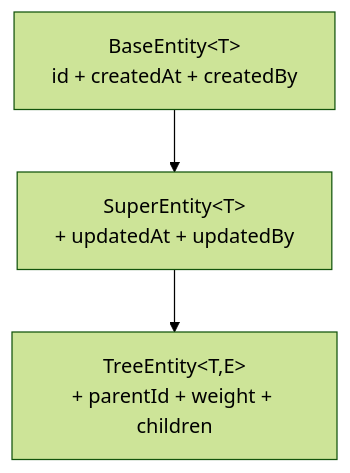
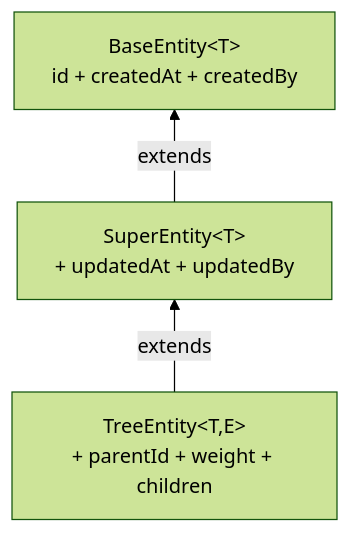
The diagram in src/doc/source/mdp-base/md-core.md (henhen6/mdp-docs), drawn with Mermaid (forest theme) before and after one commit. The commit also changed other lines of this file and 23 other files, not shown here.

````diff
--- a/src/doc/source/mdp-base/md-core.md
+++ b/src/doc/source/mdp-base/md-core.md
@@ -51,5 +51,5 @@
 ```mermaid
-flowchart TB
-    B["BaseEntity&lt;T&gt;<br/>id + createdAt + createdBy"] --> S["SuperEntity&lt;T&gt;<br/>+ updatedAt + updatedBy"]
-    S --> T["TreeEntity&lt;T,E&gt;<br/>+ parentId + weight + children"]
+flowchart BT
+    T["TreeEntity&lt;T,E&gt;<br/>+ parentId + weight + children"] -->|extends| S["SuperEntity&lt;T&gt;<br/>+ updatedAt + updatedBy"]
+    S -->|extends| B["BaseEntity&lt;T&gt;<br/>id + createdAt + createdBy"]
 ```
````
